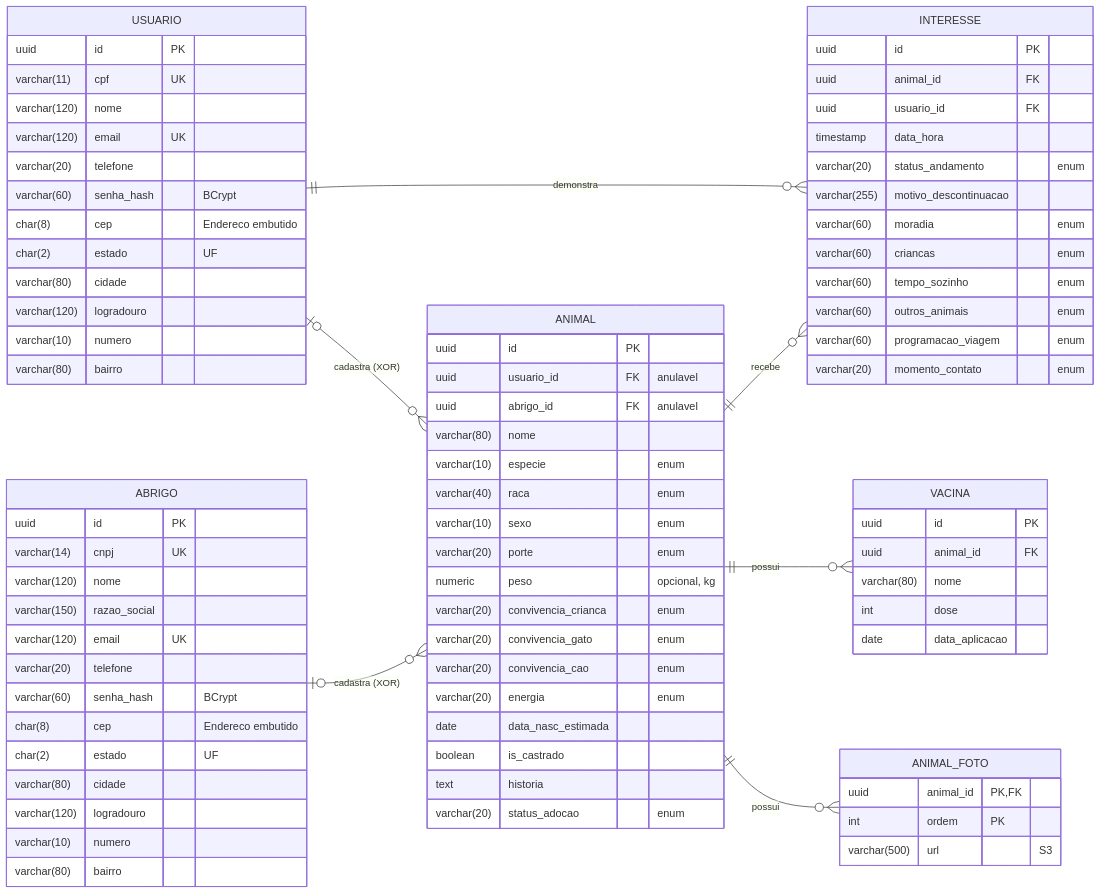
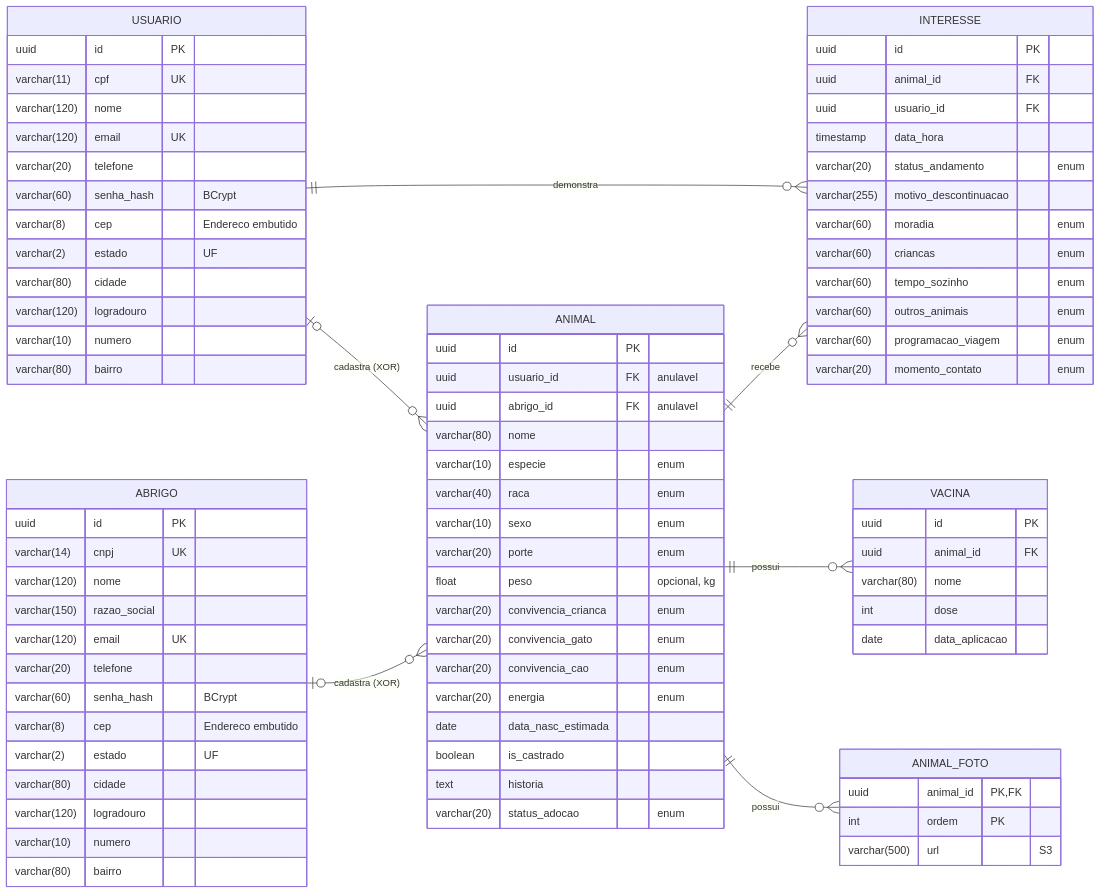
Before and after one commit to HayrineQueirozdeLima/Adota-Aqui: the first of 5 diagrams in docs/diagramas/diagramas-adota-aqui.md, drawn with Mermaid. The commit also changed other lines of this file and 11 other files, not shown here.

```diff
--- a/docs/diagramas/diagramas-adota-aqui.md
+++ b/docs/diagramas/diagramas-adota-aqui.md
@@ -94,8 +96,8 @@
         varchar(120) email UK
         varchar(20) telefone
         varchar(60) senha_hash "BCrypt"
-        char(8) cep "Endereco embutido"
-        char(2) estado "UF"
+        varchar(8) cep "Endereco embutido"
+        varchar(2) estado "UF"
         varchar(80) cidade
         varchar(120) logradouro
         varchar(10) numero
@@ -110,8 +112,8 @@
         varchar(120) email UK
         varchar(20) telefone
         varchar(60) senha_hash "BCrypt"
-        char(8) cep "Endereco embutido"
-        char(2) estado "UF"
+        varchar(8) cep "Endereco embutido"
+        varchar(2) estado "UF"
         varchar(80) cidade
         varchar(120) logradouro
         varchar(10) numero
@@ -127,7 +129,7 @@
         varchar(40) raca "enum"
         varchar(10) sexo "enum"
         varchar(20) porte "enum"
-        numeric peso "opcional, kg"
+        float peso "opcional, kg"
         varchar(20) convivencia_crianca "enum"
         varchar(20) convivencia_gato "enum"
         varchar(20) convivencia_cao "enum"
```
